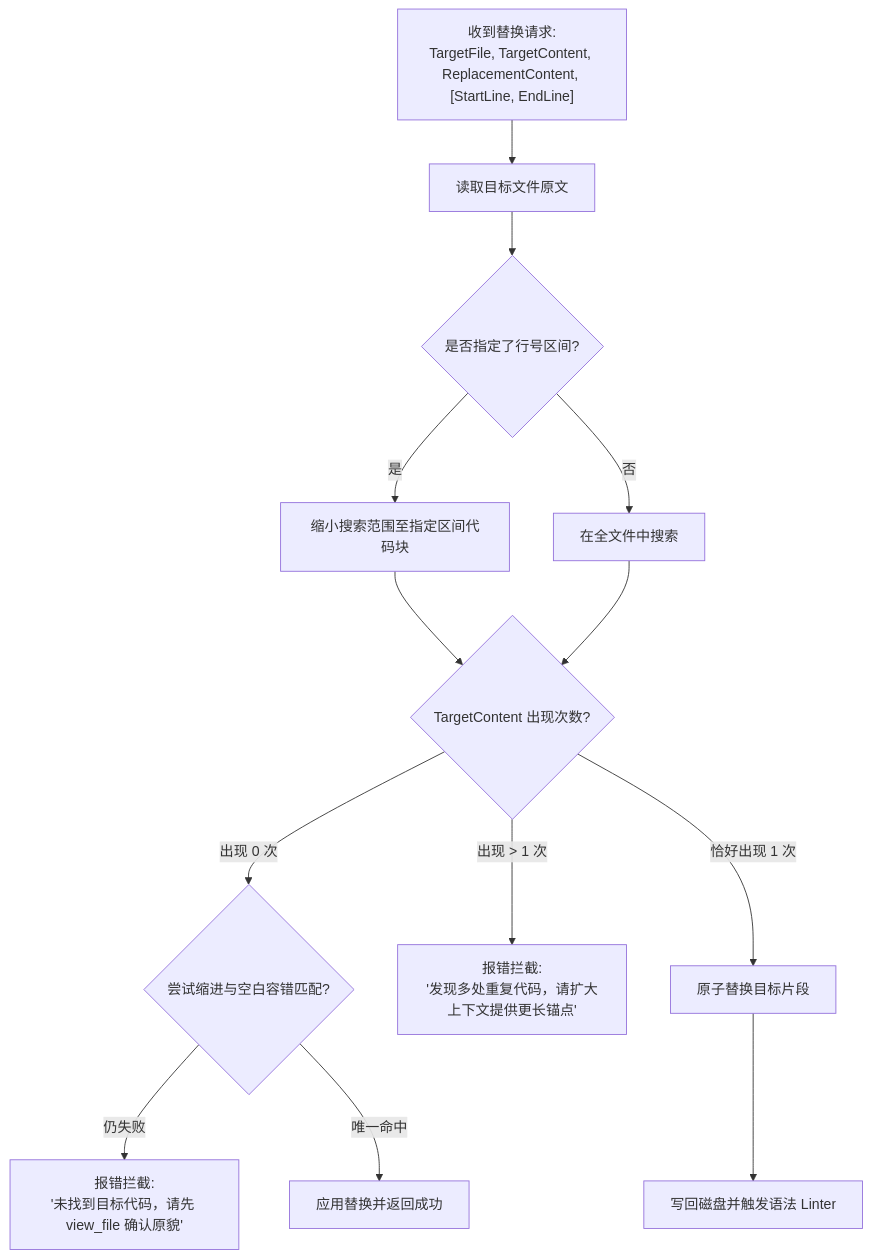
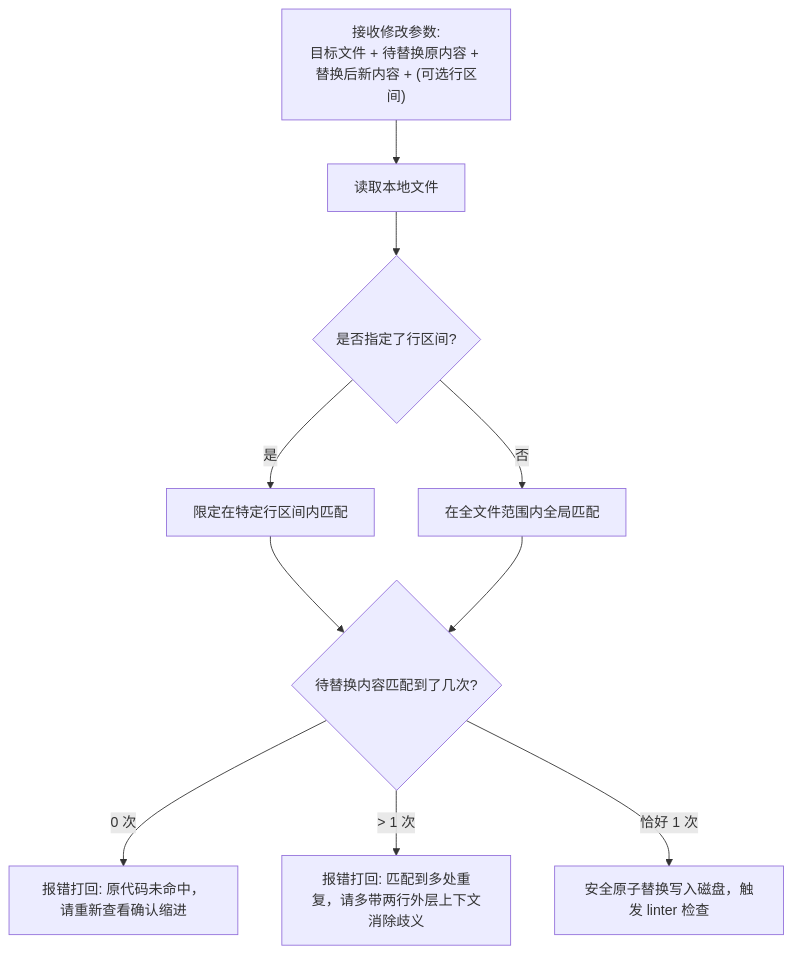
One commit to ljh12138164/ai-agent-study changed the second of 2 diagrams in app/ch05-coding/02-file-editing-algorithms/page.mdx. Above: the diagram before and after it, drawn with Mermaid. The commit also changed other lines of this file and 43 other files, not shown here.

````diff
--- a/app/ch05-coding/02-file-editing-algorithms/page.mdx
+++ b/app/ch05-coding/02-file-editing-algorithms/page.mdx
@@ -54,19 +40,14 @@
 ```mermaid
 flowchart TD
-    Req["收到替换请求:<br/>TargetFile, TargetContent, ReplacementContent, [StartLine, EndLine]"] --> Read["读取目标文件原文"]
+    Req["接收修改参数:<br/>目标文件 + 待替换原内容 + 替换后新内容 + (可选行区间)"] --> Read[读取本地文件]
     
-    Read --> Scope{"是否指定了行号区间?"}
-    Scope -- "是" --> Slice["缩小搜索范围至指定区间代码块"]
-    Scope -- "否" --> Full["在全文件中搜索"]
+    Read --> RangeCheck{是否指定了行区间?}
+    RangeCheck -->|是| Slice[限定在特定行区间内匹配]
+    RangeCheck -->|否| Full[在全文件范围内全局匹配]
     
-    Slice & Full --> Match{"TargetContent 出现次数?"}
+    Slice & Full --> Count{待替换内容匹配到了几次?}
     
-    Match -- "出现 0 次" --> Fuzzy{"尝试缩进与空白容错匹配?"}
-    Fuzzy -- "仍失败" --> ErrZero["报错拦截:<br/>'未找到目标代码，请先 view_file 确认原貌'"]
-    Fuzzy -- "唯一命中" --> ApplyFuzzy["应用替换并返回成功"]
-    
-    Match -- "出现 > 1 次" --> ErrMulti["报错拦截:<br/>'发现多处重复代码，请扩大上下文提供更长锚点'"]
-    
-    Match -- "恰好出现 1 次" --> ApplyExact["原子替换目标片段"]
-    ApplyExact --> WriteBack["写回磁盘并触发语法 Linter"]
+    Count -->|0 次| Err0["报错打回: 原代码未命中，请重新查看确认缩进"]
+    Count -->|> 1 次| ErrMulti["报错打回: 匹配到多处重复，请多带两行外层上下文消除歧义"]
+    Count -->|恰好 1 次| Apply["安全原子替换写入磁盘，触发 linter 检查"]
 ```
````
